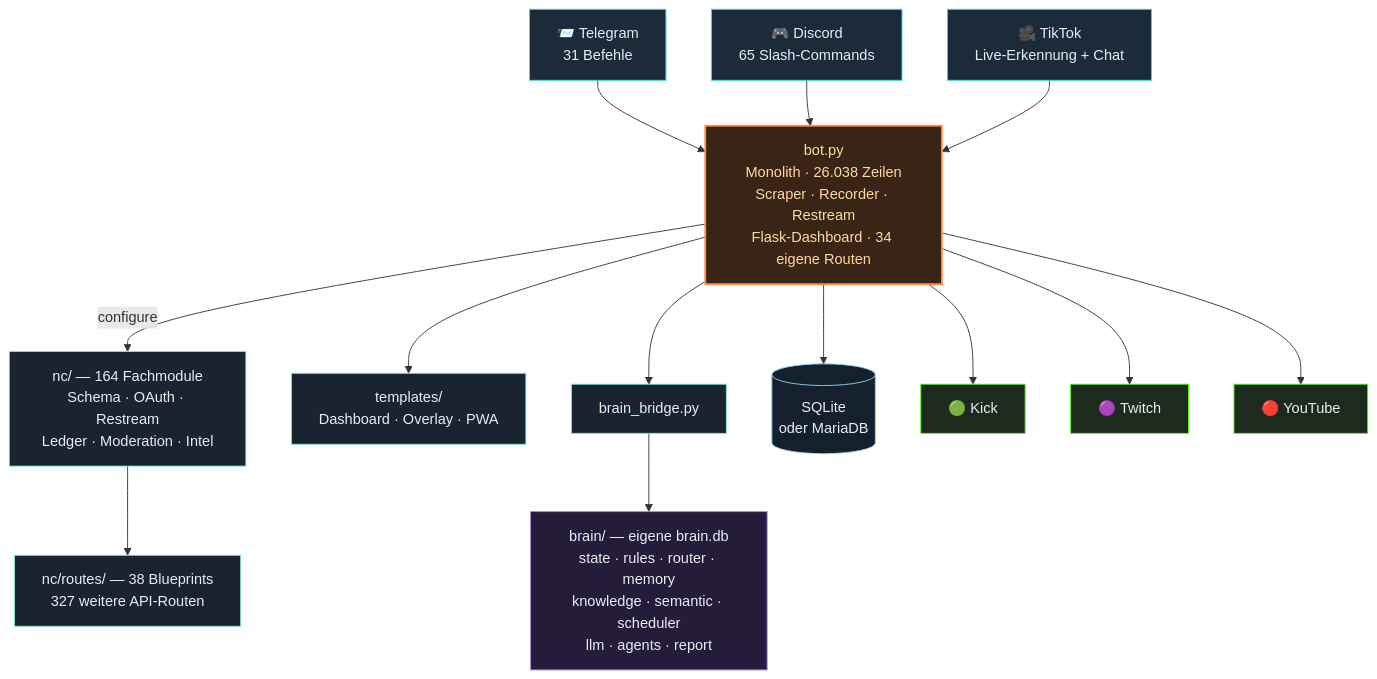
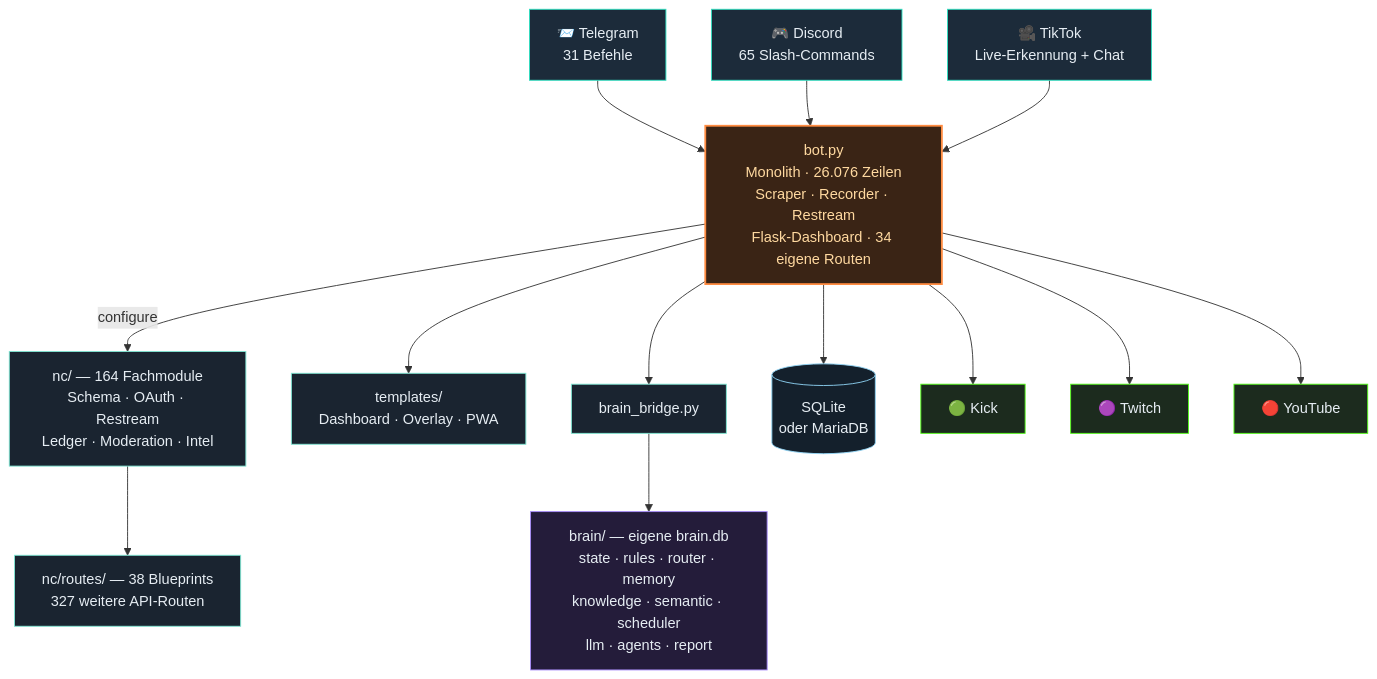
One commit to itsamemedev/Telegram-Stream-Info-Bot changed the third of 4 diagrams in README.md. Above: the diagram before and after it, drawn with Mermaid. The commit also changed other lines of this file and 15 other files, not shown here.

````diff
--- a/README.md
+++ b/README.md
@@ -200,30 +200,30 @@
 ```mermaid
 flowchart TB
     TG["📨 Telegram<br/>31 Befehle"]:::ein
     DC["🎮 Discord<br/>65 Slash-Commands"]:::ein
     TT["🎥 TikTok<br/>Live-Erkennung + Chat"]:::ein
 
     TG --> BOT
     DC --> BOT
     TT --> BOT
 
-    BOT["bot.py<br/>Monolith · 26.038 Zeilen<br/>Scraper · Recorder · Restream<br/>Flask-Dashboard · 34 eigene Routen"]:::core
+    BOT["bot.py<br/>Monolith · 26.076 Zeilen<br/>Scraper · Recorder · Restream<br/>Flask-Dashboard · 34 eigene Routen"]:::core
 
     BOT -->|configure| NC["nc/ — 164 Fachmodule<br/>Schema · OAuth · Restream<br/>Ledger · Moderation · Intel"]:::lib
     NC --> RT["nc/routes/ — 38 Blueprints<br/>327 weitere API-Routen"]:::lib
     BOT --> TPL["templates/<br/>Dashboard · Overlay · PWA"]:::lib
     BOT --> BR["brain_bridge.py"]:::lib
     BR --> BRAIN["brain/ — eigene brain.db<br/>state · rules · router · memory<br/>knowledge · semantic · scheduler<br/>llm · agents · report"]:::brain
     BOT --> DB[("SQLite<br/>oder MariaDB")]:::db
 
     BOT --> KICK["🟢 Kick"]:::out
     BOT --> TW["🟣 Twitch"]:::out
     BOT --> YT["🔴 YouTube"]:::out
 
     classDef ein fill:#1c2b3a,stroke:#2de1c2,color:#e6edf3
     classDef core fill:#3a2415,stroke:#ff8c42,stroke-width:2px,color:#ffd9a0
     classDef lib fill:#1a2430,stroke:#7fe7d4,color:#e6edf3
     classDef brain fill:#241c3a,stroke:#a78bfa,color:#e6edf3
     classDef db fill:#14202c,stroke:#8fd3f4,color:#e6edf3
     classDef out fill:#1c2b1e,stroke:#53fc18,color:#e6edf3
 ```
````
